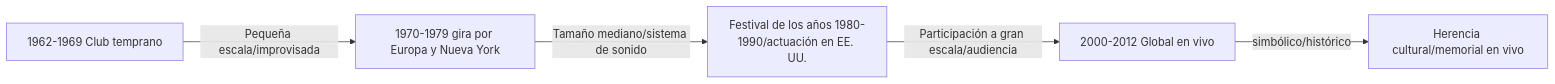
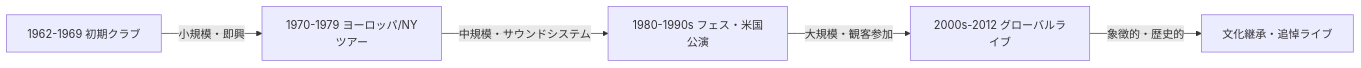
The diagram in es/_posts/2025-11-14-column-toots-and-the-maytals-live-history.md (monumental-movement/monumental-movement.github.io), drawn with Mermaid before and after one commit. The commit also changed other lines of this file and 299 other files, not shown here.

```diff
--- a/es/_posts/2025-11-14-column-toots-and-the-maytals-live-history.md
+++ b/es/_posts/2025-11-14-column-toots-and-the-maytals-live-history.md
@@ -203,9 +203,9 @@
 <div class="mermaid">
 
 graph LR
-A[1962-1969 Club temprano] -->|Pequeña escala/improvisada| B[1970-1979 gira por Europa y Nueva York]
-B -->|Tamaño mediano/sistema de sonido| C[Festival de los años 1980-1990/actuación en EE. UU.]
-C -->|Participación a gran escala/audiencia| D[2000-2012 Global en vivo]
-D -->|simbólico/histórico| E[Herencia cultural/memorial en vivo]
+A[1962-1969 初期クラブ] -->|小規模・即興| B[1970-1979 ヨーロッパ/NYツアー]
+B -->|中規模・サウンドシステム| C[1980-1990s フェス・米国公演]
+C -->|大規模・観客参加| D[2000s-2012 グローバルライブ]
+D -->|象徴的・歴史的| E[文化継承・追悼ライブ]
 
 </div>
```
